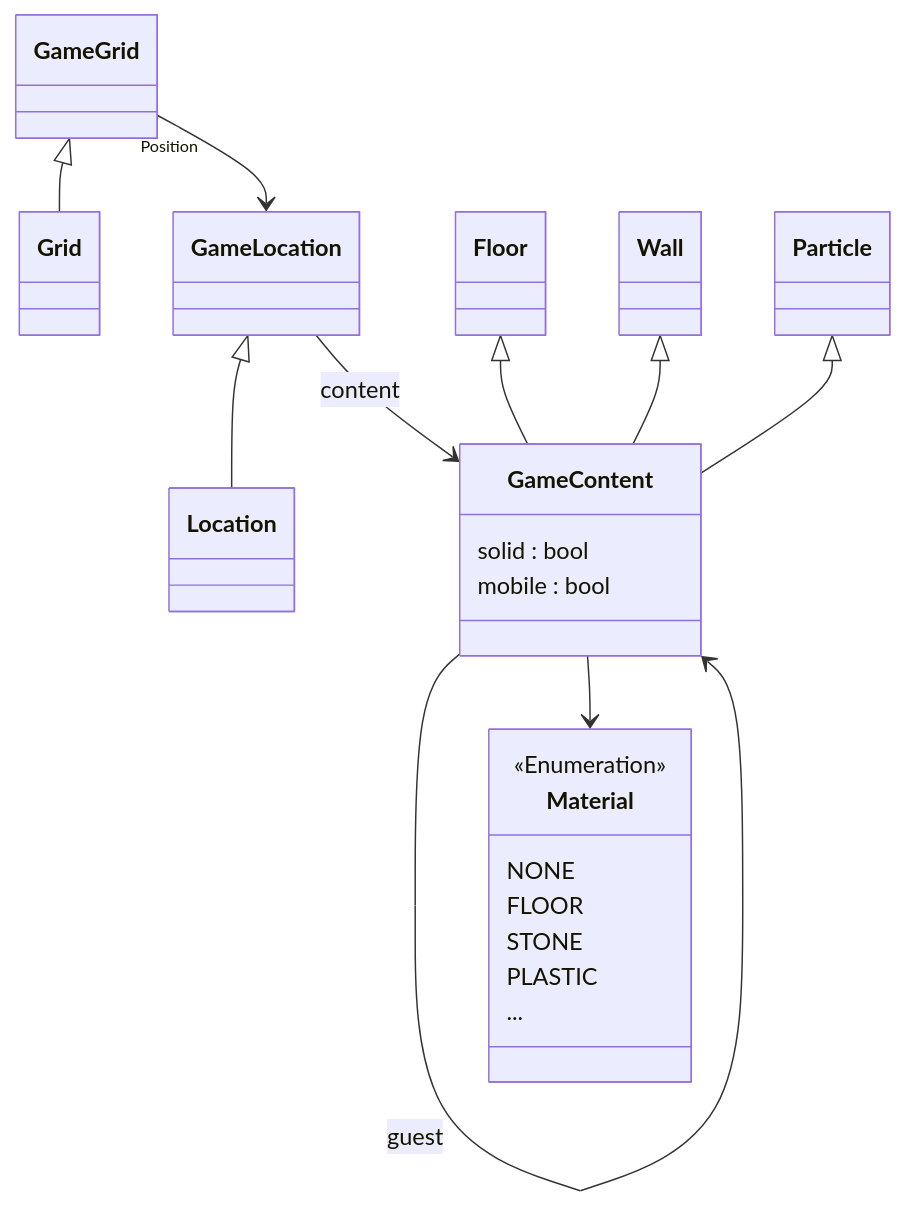
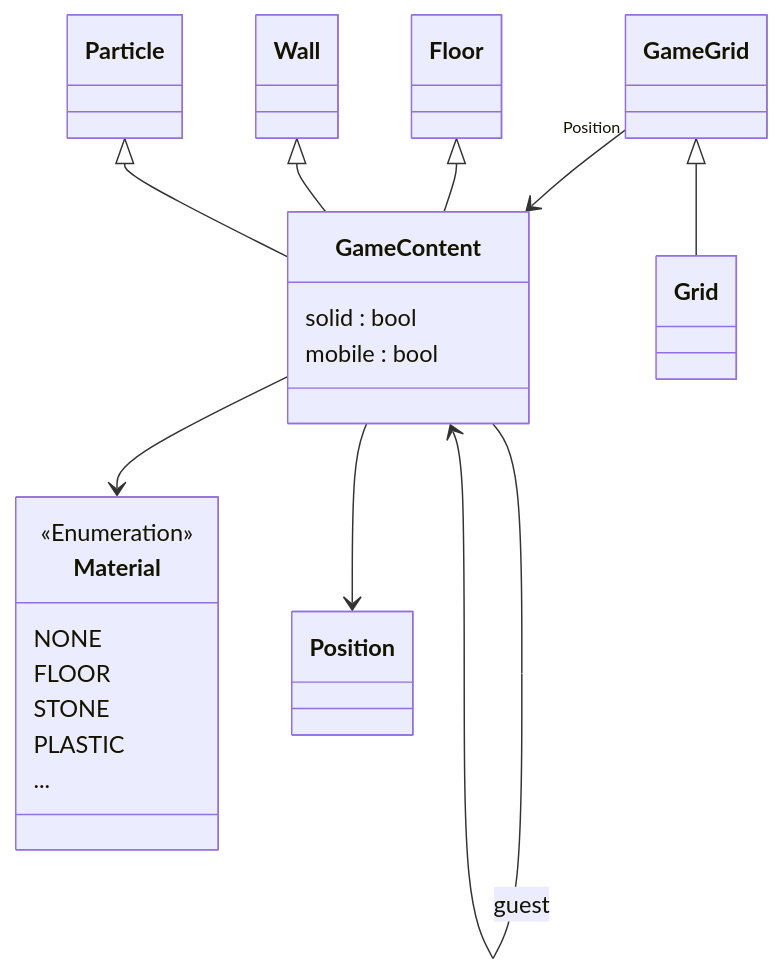
Before and after one commit to fvbakel/brilliant: the fourth of 5 diagrams in hello_maze/readme.md, drawn with Mermaid. The commit also changed other lines of this file and 3 other files, not shown here.

````diff
--- a/hello_maze/readme.md
+++ b/hello_maze/readme.md
@@ -107,47 +99,41 @@
 ```mermaid
   classDiagram
     class Material {
         <<Enumeration>>
         NONE
         FLOOR
         STONE
         PLASTIC
         ...
     }
 
-    class GameLocation {
-        
-    }
     class GameContent {
         solid : bool
         mobile : bool
         
     }
     class GameGrid {
         
     }
 
     GameGrid <|-- Grid
-    GameLocation <|-- Location
 
-
-    GameGrid "Position" -->  GameLocation
-    GameLocation --> GameContent : content
-    
+    GameGrid "Position" -->  GameContent
+    GameContent --> Position
     GameContent --> GameContent : guest
     GameContent --> Material
 
 
     class Floor {
     }
     class Wall {
     }
     class Particle {
     }
 
     Floor <|-- GameContent
     Wall <|-- GameContent
     Particle <|-- GameContent
 
 
 ``` 
````
